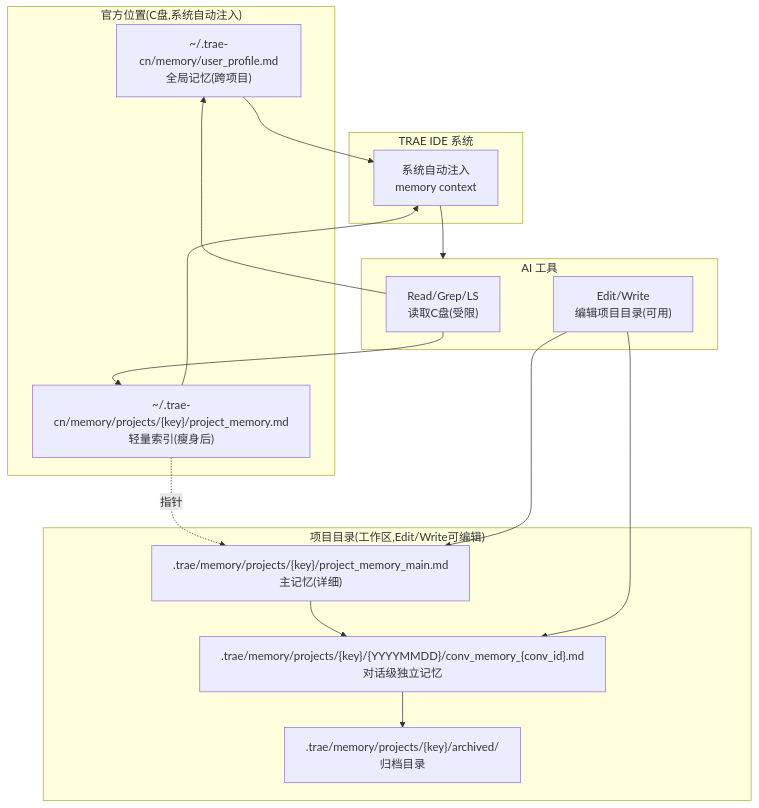
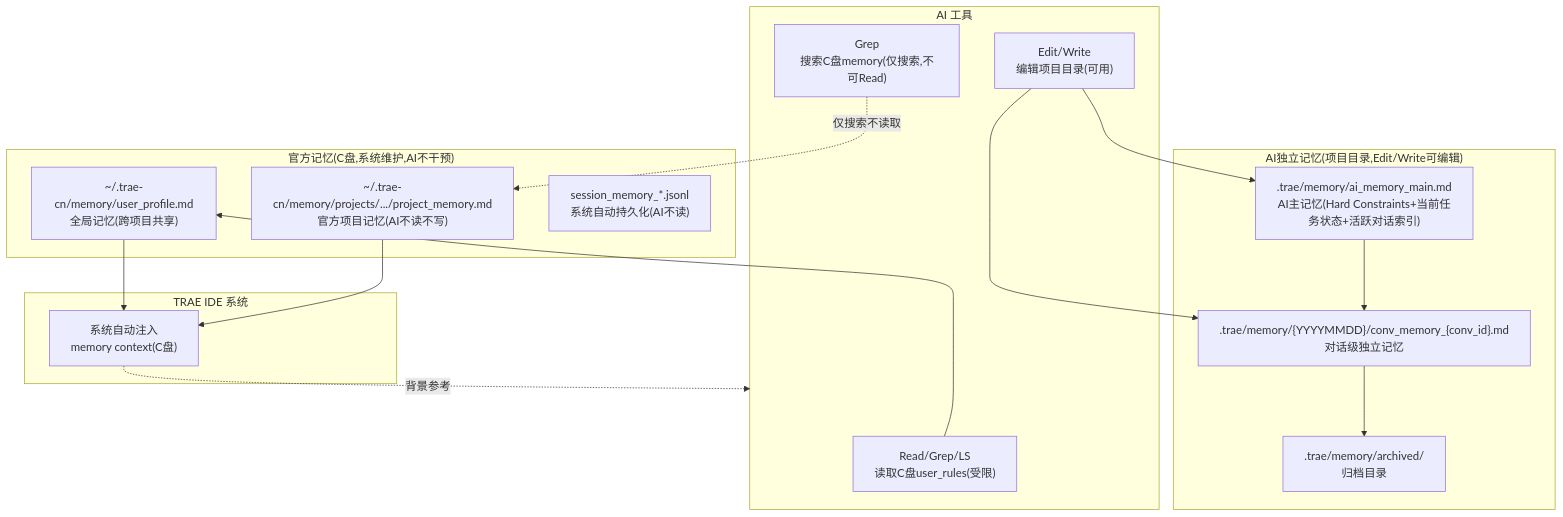
One commit to legado-backup/legado-m changed the first of 2 diagrams in docs/specs/memory-mechanism-redesign/design.md. Above: the diagram before and after it, drawn with Mermaid. The commit also changed other lines of this file and 106 other files, not shown here.

````diff
--- a/docs/specs/memory-mechanism-redesign/design.md
+++ b/docs/specs/memory-mechanism-redesign/design.md
@@ -7,33 +9,34 @@
 ```mermaid
 graph TB
-    subgraph 官方位置C盘["官方位置(C盘,系统自动注入)"]
-        A1["~/.trae-cn/memory/user_profile.md<br/>全局记忆(跨项目)"]
-        A2["~/.trae-cn/memory/projects/{key}/project_memory.md<br/>轻量索引(瘦身后)"]
+    subgraph 官方记忆C盘["官方记忆(C盘,系统维护,AI不干预)"]
+        A1["~/.trae-cn/memory/user_profile.md<br/>全局记忆(跨项目共享)"]
+        A2["~/.trae-cn/memory/projects/.../project_memory.md<br/>官方项目记忆(AI不读不写)"]
+        A3["session_memory_*.jsonl<br/>系统自动持久化(AI不读)"]
     end
 
-    subgraph 项目目录工作区["项目目录(工作区,Edit/Write可编辑)"]
-        B1[".trae/memory/projects/{key}/project_memory_main.md<br/>主记忆(详细)"]
-        B2[".trae/memory/projects/{key}/{YYYYMMDD}/conv_memory_{conv_id}.md<br/>对话级独立记忆"]
-        B3[".trae/memory/projects/{key}/archived/<br/>归档目录"]
+    subgraph AI独立记忆项目目录["AI独立记忆(项目目录,Edit/Write可编辑)"]
+        B1[".trae/memory/ai_memory_main.md<br/>AI主记忆(Hard Constraints+当前任务状态+活跃对话索引)"]
+        B2[".trae/memory/{YYYYMMDD}/conv_memory_{conv_id}.md<br/>对话级独立记忆"]
+        B3[".trae/memory/archived/<br/>归档目录"]
     end
 
     subgraph TRAE系统["TRAE IDE 系统"]
-        C1["系统自动注入<br/>memory context"]
+        C1["系统自动注入<br/>memory context(C盘)"]
     end
 
     subgraph AI读写["AI 工具"]
-        D1["Read/Grep/LS<br/>读取C盘(受限)"]
+        D1["Read/Grep/LS<br/>读取C盘user_rules(受限)"]
         D2["Edit/Write<br/>编辑项目目录(可用)"]
+        D3["Grep<br/>搜索C盘memory(仅搜索,不可Read)"]
     end
 
     A1 --> C1
     A2 --> C1
-    C1 --> AI读写
-    A2 -.指针.-> B1
+    C1 -.背景参考.-> AI读写
     B1 --> B2
     B2 --> B3
     D2 --> B1
     D2 --> B2
     D1 --> A1
-    D1 --> A2
+    D3 -.仅搜索不读取.-> A2
 ```
````
